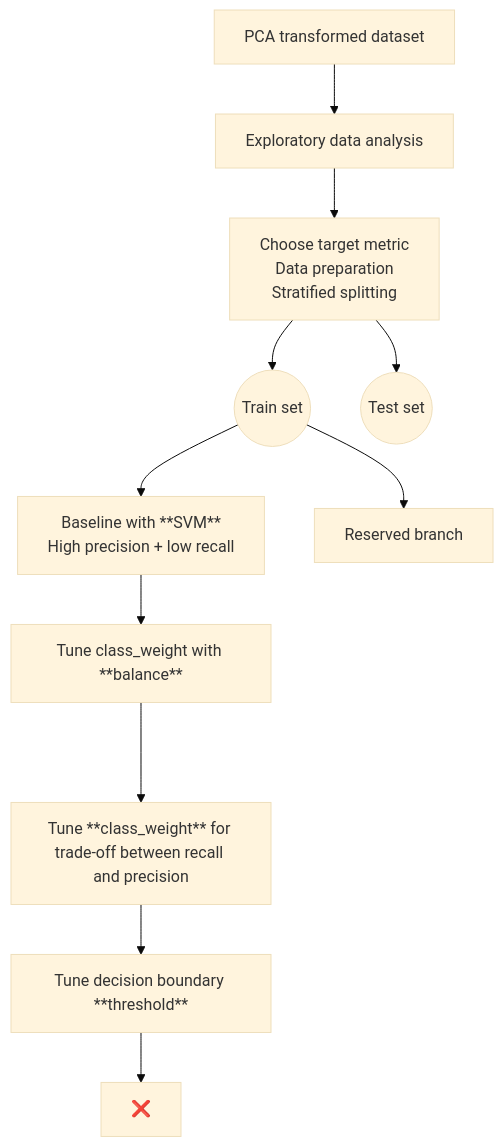
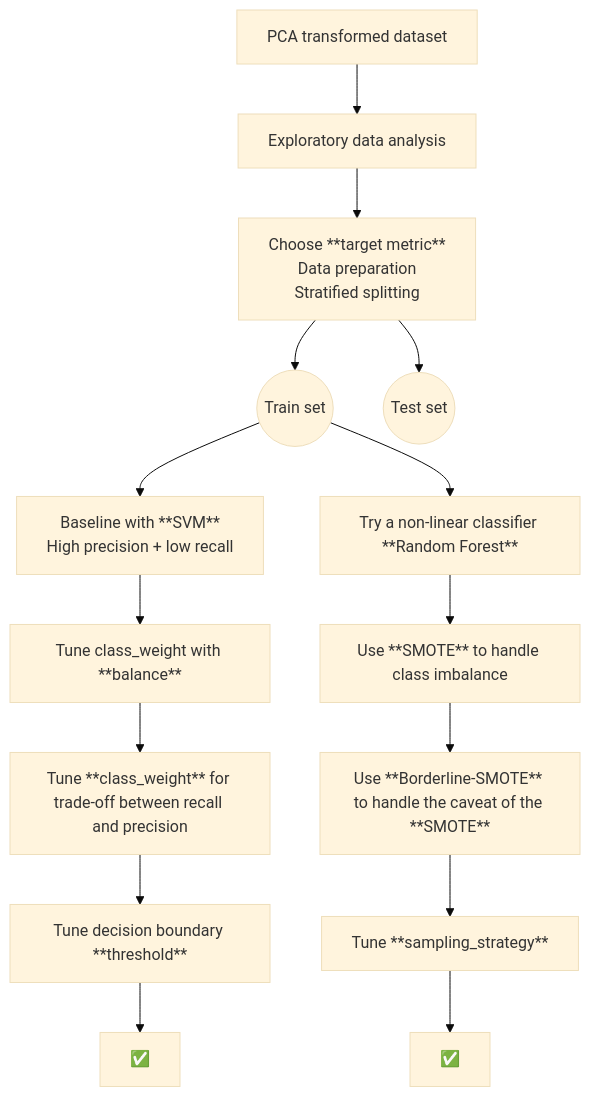
Before and after one commit to trungdung1711/credit-card-fraud-detection: the diagram in IDEA.md, drawn with Mermaid (base theme). The commit also changed other lines of this file and 1 other file, not shown here.

Commit message:
feat: :sparkles: add a non-linear classifier, apply Borderline-SMOTE to prevent boudary distortion

````diff
--- a/IDEA.md
+++ b/IDEA.md
@@ -3,26 +3,31 @@
 ```mermaid
     graph TD
     0[PCA transformed dataset] --> 1[Exploratory data analysis] --> A
     A[
-        Choose target metric
+        Choose **target metric**
         Data preparation
         Stratified splitting
     ] --> B((Train set))
     A --> C((Test set))
     B --> D[
         Baseline with **SVM**
         High precision + low recall
     ]
     D --> E[Tune class_weight with **balance**]
 
-    E ---> F[Tune **class_weight** for trade-off between recall and precision]
+    E --> F[Tune **class_weight** for trade-off between recall and precision]
 
     F --> G[Tune decision boundary **threshold**]
 
-    G --> H[❌]
+    G --> H[✅]
 
+    B --> L[Try a non-linear classifier **Random Forest**]
 
-    B --> L[
-        Reserved branch
-    ]
+    L --> M[Use **SMOTE** to handle class imbalance]
+
+    M --> N[Use **Borderline-SMOTE** to handle the caveat of the **SMOTE**]
+
+    N --> O[Tune **sampling_strategy**]
+
+    O --> P[✅]
 ```
````
